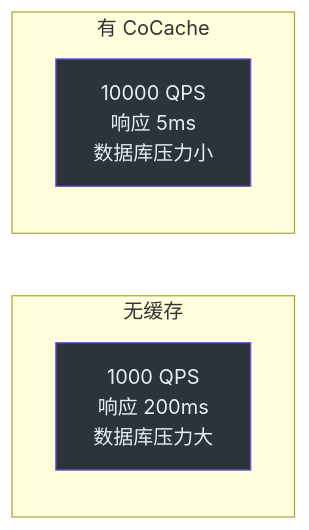
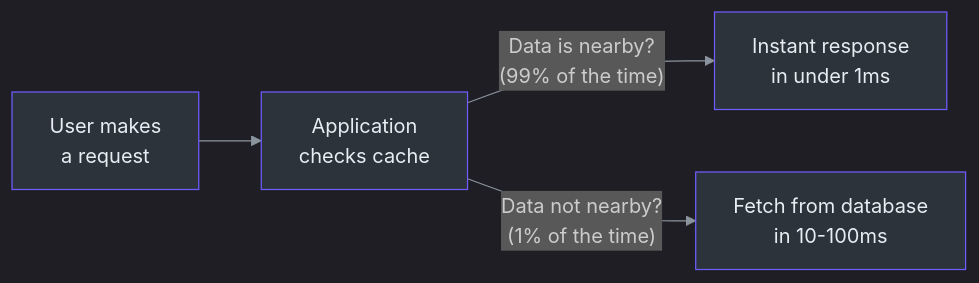
One commit to Ahoo-Wang/CoCache changed the first of 4 diagrams in wiki/zh/onboarding/product-manager.md. Above: the diagram before and after it, drawn with Mermaid. The commit also changed other lines of this file and 3 other files, not shown here.

````diff
--- a/wiki/zh/onboarding/product-manager.md
+++ b/wiki/zh/onboarding/product-manager.md
@@ -39,13 +31,12 @@
 ```mermaid
+%%{init: {'theme': 'dark', 'themeVariables': {'primaryColor': '#2d333b', 'primaryBorderColor': '#6d5dfc', 'primaryTextColor': '#e6edf3', 'lineColor': '#8b949e', 'subgraphBgColor': '#161b22'}}}%%
 graph LR
-    subgraph sg_127 ["无缓存"]
-        A1["1000 QPS<br>响应 200ms<br>数据库压力大"]
-    end
+    USER["User makes<br>a request"] --> APP["Application<br>checks cache"]
+    APP -->|"Data is nearby?<br>(99% of the time)"| FAST["Instant response<br>in under 1ms"]
+    APP -->|"Data not nearby?<br>(1% of the time)"| SLOW["Fetch from database<br>in 10-100ms"]
 
-    subgraph sg_128 ["有 CoCache"]
-        A2["10000 QPS<br>响应 5ms<br>数据库压力小"]
-    end
-
-    style A1 fill:#2d333b,stroke:#6d5dfc,color:#e6edf3
-    style A2 fill:#2d333b,stroke:#6d5dfc,color:#e6edf3
+    style USER fill:#2d333b,stroke:#6d5dfc,color:#e6edf3
+    style APP fill:#2d333b,stroke:#6d5dfc,color:#e6edf3
+    style FAST fill:#2d333b,stroke:#6d5dfc,color:#e6edf3
+    style SLOW fill:#2d333b,stroke:#6d5dfc,color:#e6edf3
 ```
````
